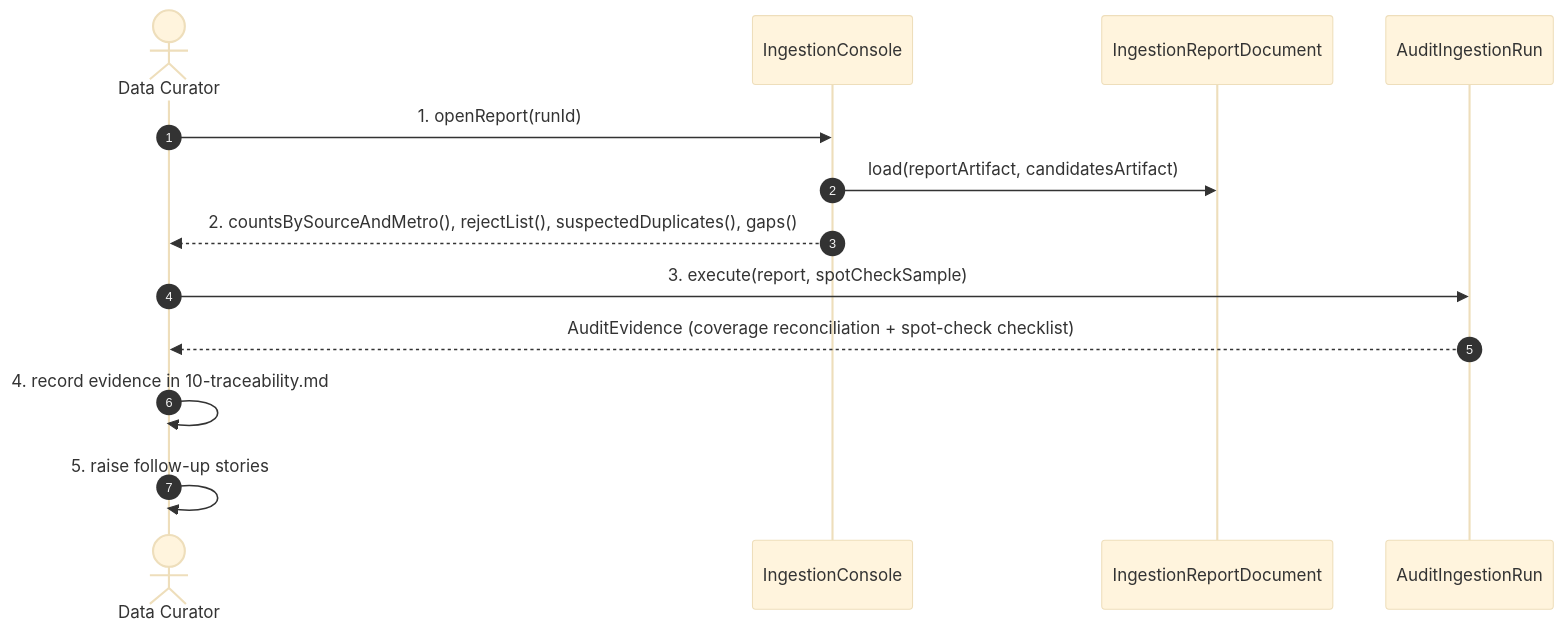
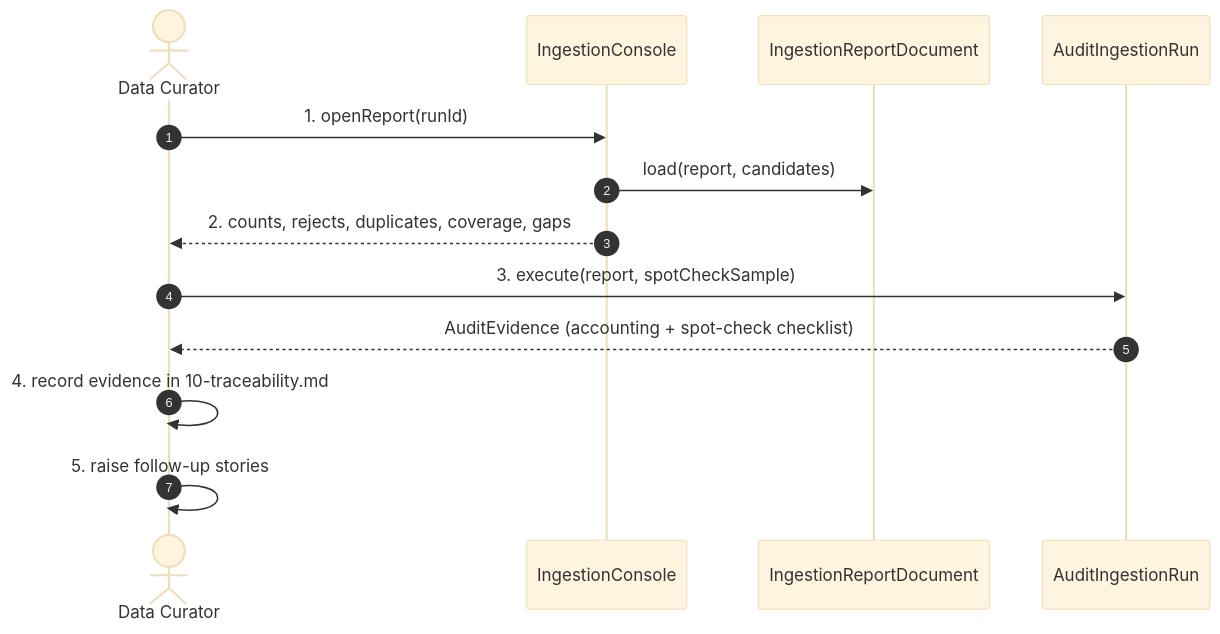
Before and after one commit to Losers-Lab/tahirs-list: the diagram in docs/features/SC-211/06-whitebox/UC-04-audit-and-record-evidence.md, drawn with Mermaid (base theme). The commit also changed other lines of this file and 14 other files, not shown here.

Commit message:
[SC-211] Retrofit design to diagram-first format

````diff
--- a/docs/features/SC-211/06-whitebox/UC-04-audit-and-record-evidence.md
+++ b/docs/features/SC-211/06-whitebox/UC-04-audit-and-record-evidence.md
@@ -7,16 +5,15 @@
 ```mermaid
 sequenceDiagram
   autonumber
   actor DC as Data Curator
   participant CLI as IngestionConsole
   participant DOC as IngestionReportDocument
   participant AUD as AuditIngestionRun
-
   DC->>CLI: 1. openReport(runId)
-  CLI->>DOC: load(reportArtifact, candidatesArtifact)
-  CLI-->>DC: 2. countsBySourceAndMetro(), rejectList(), suspectedDuplicates(), gaps()
+  CLI->>DOC: load(report, candidates)
+  CLI-->>DC: 2. counts, rejects, duplicates, coverage, gaps
   DC->>AUD: 3. execute(report, spotCheckSample)
-  AUD-->>DC: AuditEvidence (coverage reconciliation + spot-check checklist)
+  AUD-->>DC: AuditEvidence (accounting + spot-check checklist)
   DC->>DC: 4. record evidence in 10-traceability.md
   DC->>DC: 5. raise follow-up stories
 ```
````
